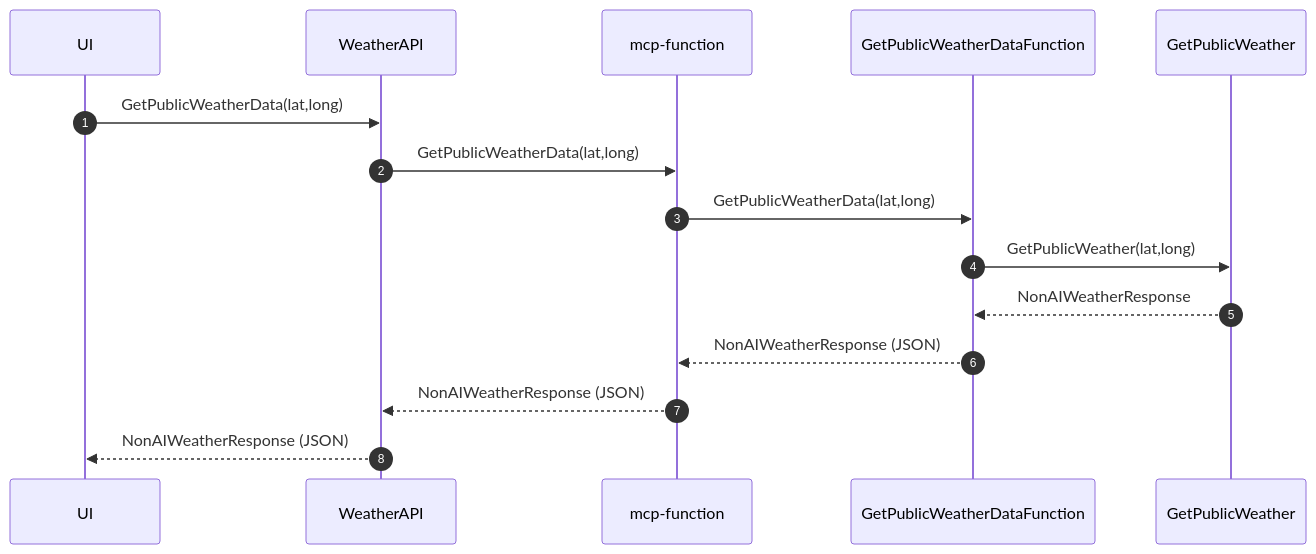
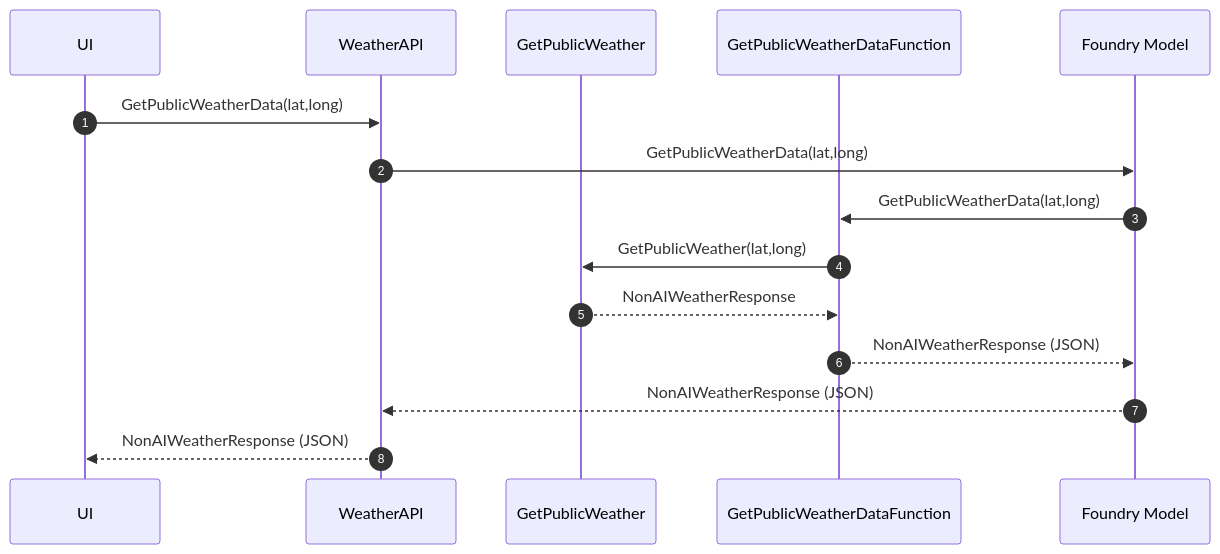
The second of 4 diagrams in docs/3-foundry-mcp/agents-models-mcp.md (dustinkorzaan/weather-1116), drawn with Mermaid before and after one commit. The commit also changed other lines of this file, not shown here.

Commit message:
Fix V3 sequence diagrams: Foundry Model and UI > API path

````diff
--- a/docs/3-foundry-mcp/agents-models-mcp.md
+++ b/docs/3-foundry-mcp/agents-models-mcp.md
@@ -66,18 +66,18 @@
   ```mermaid
   sequenceDiagram
       autonumber
       participant UI
       participant API as WeatherAPI
-      participant MCP as mcp-function
+      participant GetPublicWeather
       participant Function as GetPublicWeatherDataFunction
-      participant GetPublicWeather
+      participant Model as Foundry Model
 
       UI->>API: GetPublicWeatherData(lat,long)
-      API->>MCP: GetPublicWeatherData(lat,long)
-      MCP->>Function: GetPublicWeatherData(lat,long)
+      API->>Model: GetPublicWeatherData(lat,long)
+      Model->>Function: GetPublicWeatherData(lat,long)
       Function->>GetPublicWeather: GetPublicWeather(lat,long)
       GetPublicWeather-->>Function: NonAIWeatherResponse
-      Function-->>MCP: NonAIWeatherResponse (JSON)
-      MCP-->>API: NonAIWeatherResponse (JSON)
+      Function-->>Model: NonAIWeatherResponse (JSON)
+      Model-->>API: NonAIWeatherResponse (JSON)
       API-->>UI: NonAIWeatherResponse (JSON)
   ```
````
